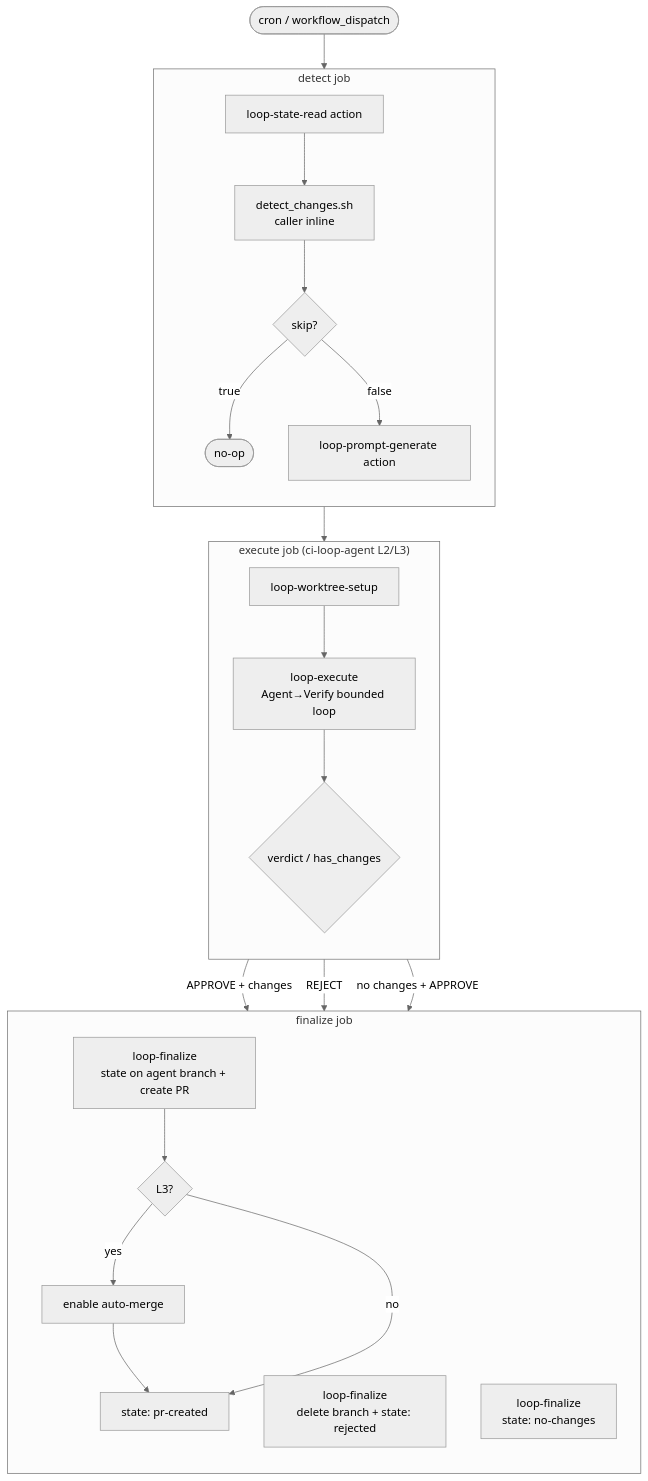
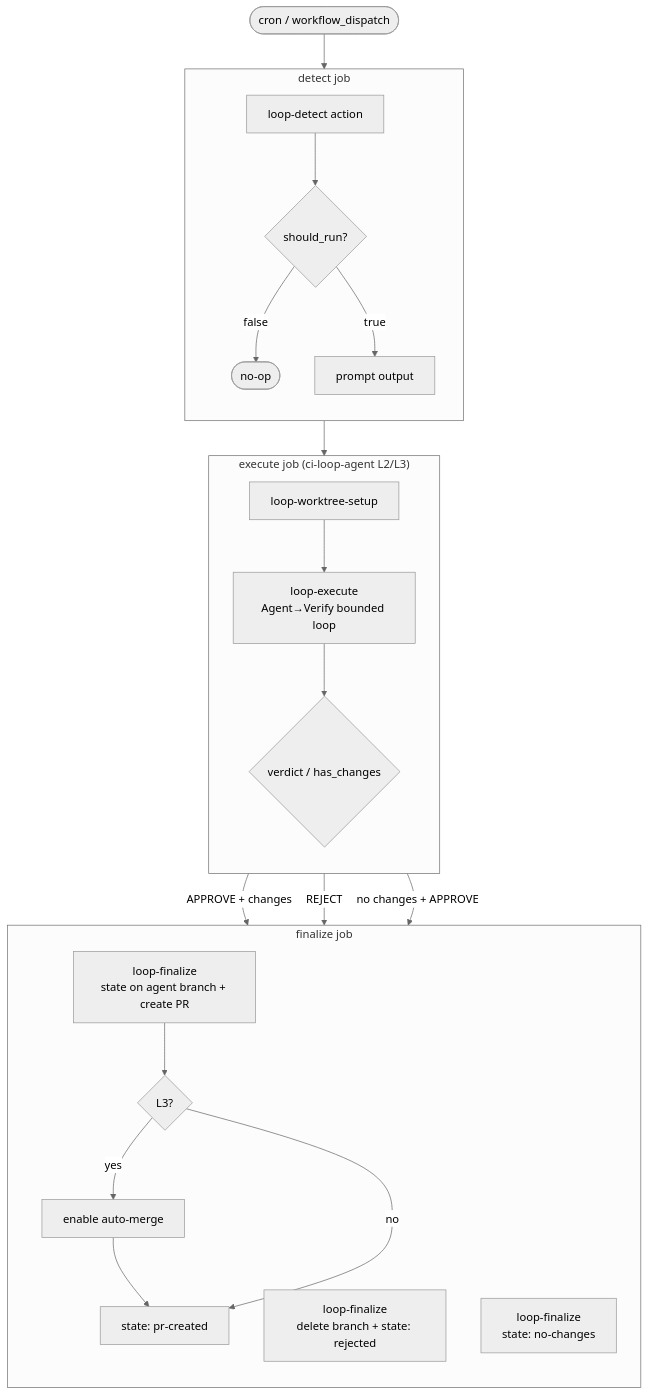
The first of 3 diagrams in docs/explanation/loop-engineering-design.md (y-miyazaki/config), drawn with Mermaid (neutral theme) before and after one commit. The commit also changed other lines of this file and 13 other files, not shown here.

````diff
--- a/docs/explanation/loop-engineering-design.md
+++ b/docs/explanation/loop-engineering-design.md
@@ -108,36 +108,35 @@
 ```mermaid
 flowchart TD
     %% Trigger
     trigger([cron / workflow_dispatch]) --> detect
 
     %% Detect Job
     subgraph detect["detect job"]
         direction TB
-        D1[loop-state-read action] --> D2[detect_changes.sh<br/>caller inline]
-        D2 --> D3{skip?}
-        D3 -->|true| D_END([no-op])
-        D3 -->|false| D4[loop-prompt-generate action]
+        D1[loop-detect action] --> D2{should_run?}
+        D2 -->|false| D_END([no-op])
+        D2 -->|true| D3[prompt output]
     end
 
     %% Execute Job (ci-loop-agent L2/L3)
-    D4 --> execute
+    D3 --> execute
     subgraph execute["execute job (ci-loop-agent L2/L3)"]
         direction TB
         A1[loop-worktree-setup] --> A2[loop-execute<br/>Agent→Verify bounded loop]
         A2 --> A3{verdict / has_changes}
     end
 
     %% Finalize Job
     A3 -->|APPROVE + changes| finalize_approve
     A3 -->|REJECT| finalize_reject
     A3 -->|no changes + APPROVE| finalize_no
 
     subgraph finalize["finalize job"]
         direction TB
         finalize_approve[loop-finalize<br/>state on agent branch + create PR] --> F_AUTO{L3?}
         F_AUTO -->|yes| F_MERGE[enable auto-merge] --> F_STATE[state: pr-created]
         F_AUTO -->|no| F_STATE
         finalize_reject[loop-finalize<br/>delete branch + state: rejected]
         finalize_no[loop-finalize<br/>state: no-changes]
     end
 ```
````
